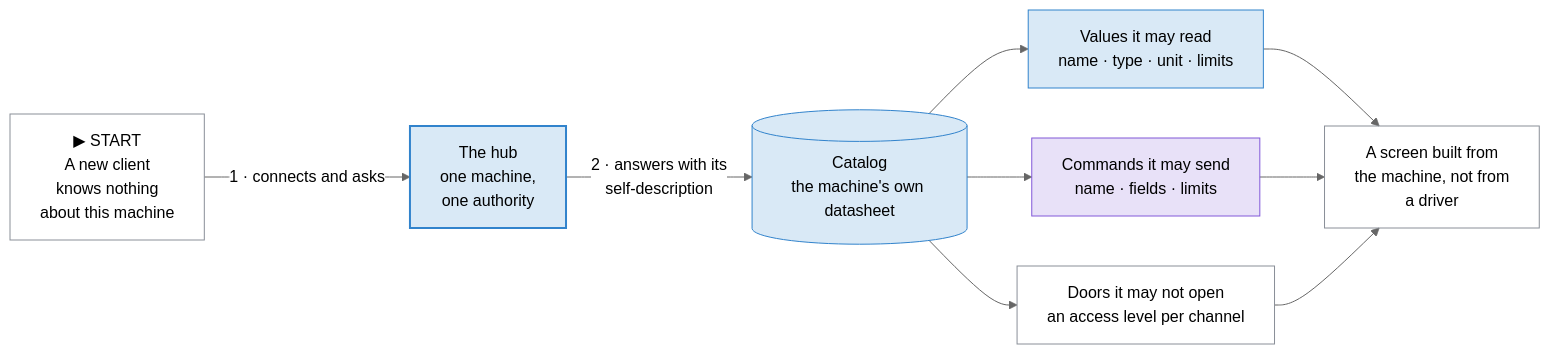
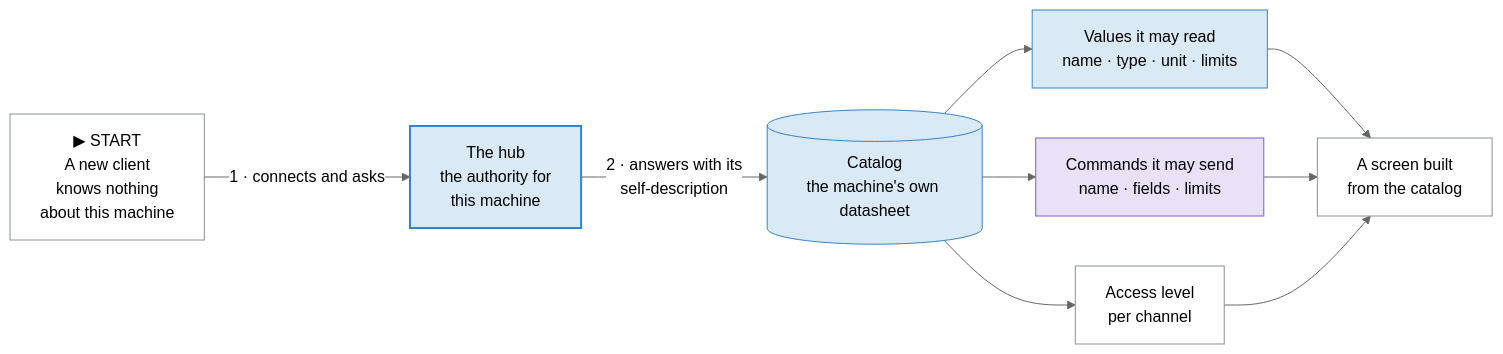
One commit to openvalence/Valence changed the first of 7 diagrams in docs-site/docs/understand/how-it-works.md. Above: the diagram before and after it, drawn with Mermaid (neutral theme). The commit also changed other lines of this file and 66 other files, not shown here.

````diff
--- a/docs-site/docs/understand/how-it-works.md
+++ b/docs-site/docs/understand/how-it-works.md
@@ -44,25 +37,25 @@
 ```mermaid
 flowchart LR
     C["▶ START<br/>A new client<br/>knows nothing<br/>about this machine"]:::party
-    H["The hub<br/>one machine,<br/>one authority"]:::hub
+    H["The hub<br/>the authority for<br/>this machine"]:::hub
     CAT[("Catalog<br/>the machine's own datasheet")]:::store
     R["Values it may read<br/>name · type · unit · limits"]:::truth
     W["Commands it may send<br/>name · fields · limits"]:::wish
-    A["Doors it may not open<br/>an access level per channel"]:::party
-    UI["A screen built from<br/>the machine, not from<br/>a driver"]:::party
+    A["Access level<br/>per channel"]:::party
+    UI["A screen built<br/>from the catalog"]:::party
 
     C -->|"1 · connects and asks"| H
     H -->|"2 · answers with its<br/>self-description"| CAT
     CAT --> R
     CAT --> W
     CAT --> A
     R --> UI
     W --> UI
     A --> UI
 
     classDef hub fill:#3183cc2e,stroke:#3183cc,stroke-width:2px
     classDef truth fill:#3183cc2e,stroke:#3183cc
     classDef store fill:#3183cc2e,stroke:#3183cc
     classDef wish fill:#8158d82e,stroke:#8158d8
     classDef party fill:none,stroke:#8a8f98
 ```
````
